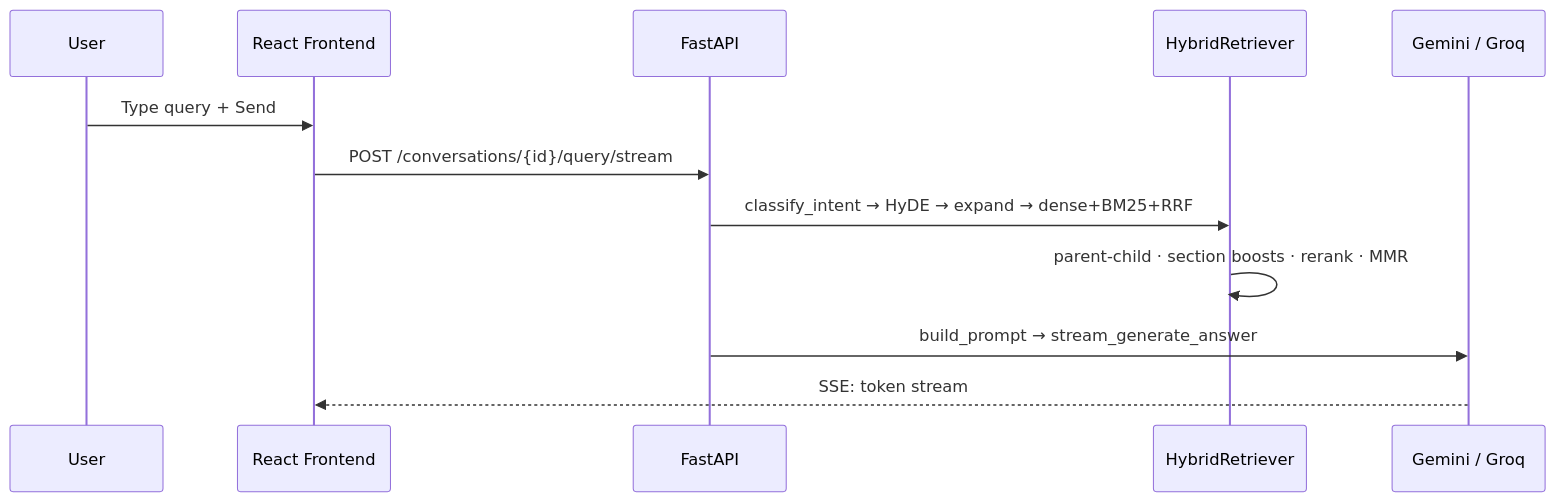
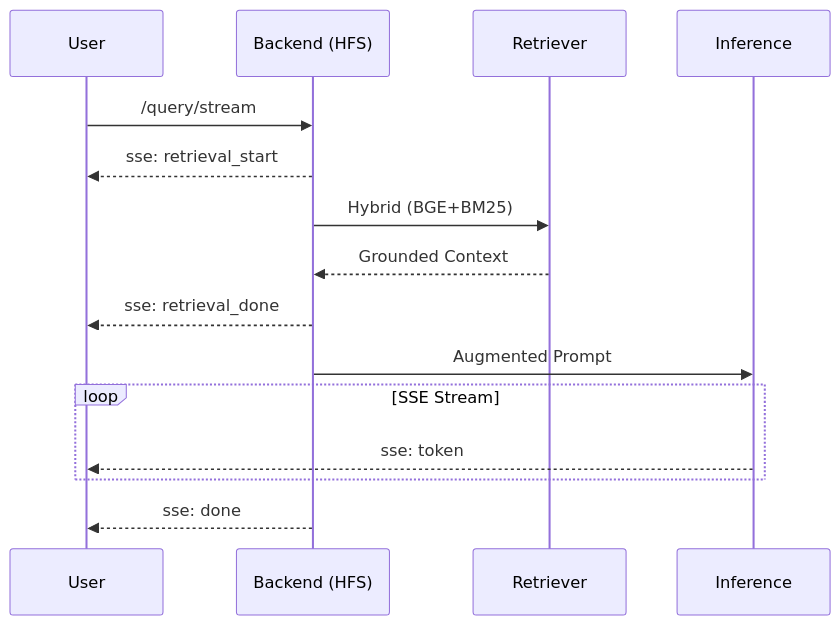
One commit to HimasagarU/Arxiv-RAG-Assistant changed the fourth of 7 diagrams in ARCHITECTURE.md. Above: the diagram before and after it, drawn with Mermaid. The commit also changed other lines of this file and 17 other files, not shown here.

Commit message:
feat: finalize scientific RAG pipeline, enhance architectural documentation, and add internal flowcharts

````diff
--- a/ARCHITECTURE.md
+++ b/ARCHITECTURE.md
@@ -136,15 +110,18 @@
 ```mermaid
 sequenceDiagram
     participant U as User
-    participant FE as React Frontend
-    participant API as FastAPI
-    participant RET as HybridRetriever
-    participant LLM as Gemini / Groq
+    participant API as Backend (HFS)
+    participant RET as Retriever
+    participant LLM as Inference
 
-    U->>FE: Type query + Send
-    FE->>API: POST /conversations/{id}/query/stream
-    API->>RET: classify_intent → HyDE → expand → dense+BM25+RRF
-    RET->>RET: parent-child · section boosts · rerank · MMR
-    API->>LLM: build_prompt → stream_generate_answer
-    LLM-->>FE: SSE: token stream
+    U->>API: /query/stream
+    API-->>U: sse: retrieval_start
+    API->>RET: Hybrid (BGE+BM25)
+    RET-->>API: Grounded Context
+    API-->>U: sse: retrieval_done
+    API->>LLM: Augmented Prompt
+    loop SSE Stream
+        LLM-->>U: sse: token
+    end
+    API-->>U: sse: done
 ```
````
